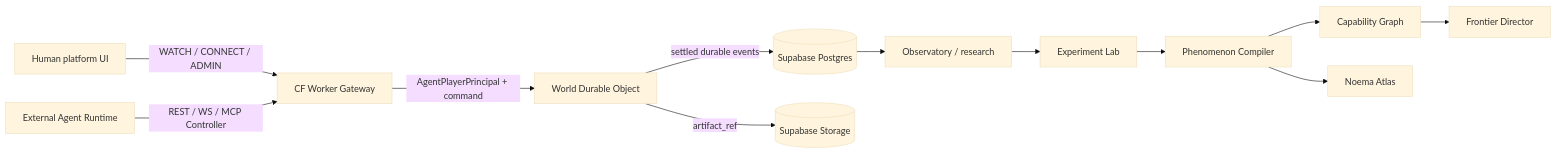
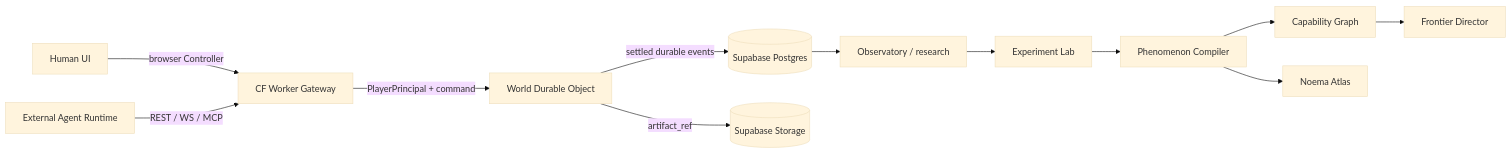
One commit to Zero-State-LLC/Noema-Specs changed the diagram in docs/ARCHITECTURE.md. Above: the diagram before and after it, drawn with Mermaid (base theme). The commit also changed other lines of this file and 146 other files, not shown here.

````diff
--- a/docs/ARCHITECTURE.md
+++ b/docs/ARCHITECTURE.md
@@ -46,14 +46,14 @@
 ```mermaid
 flowchart LR
-  H[Human platform UI] -->|WATCH / CONNECT / ADMIN| W[CF Worker Gateway]
-  R[External Agent Runtime] -->|REST / WS / MCP Controller| W
-  W -->|AgentPlayerPrincipal + command| DO[World Durable Object]
+  H[Human UI] -->|browser Controller| W[CF Worker Gateway]
+  R[External Agent Runtime] -->|REST / WS / MCP| W
+  W -->|PlayerPrincipal + command| DO[World Durable Object]
   DO -->|settled durable events| PG[(Supabase Postgres)]
   DO -->|artifact_ref| ST[(Supabase Storage)]
   PG --> O[Observatory / research]
   O --> E[Experiment Lab]
   E --> P[Phenomenon Compiler]
   P --> C[Capability Graph]
   C --> F[Frontier Director]
   P --> N[Noema Atlas]
 ```
````
